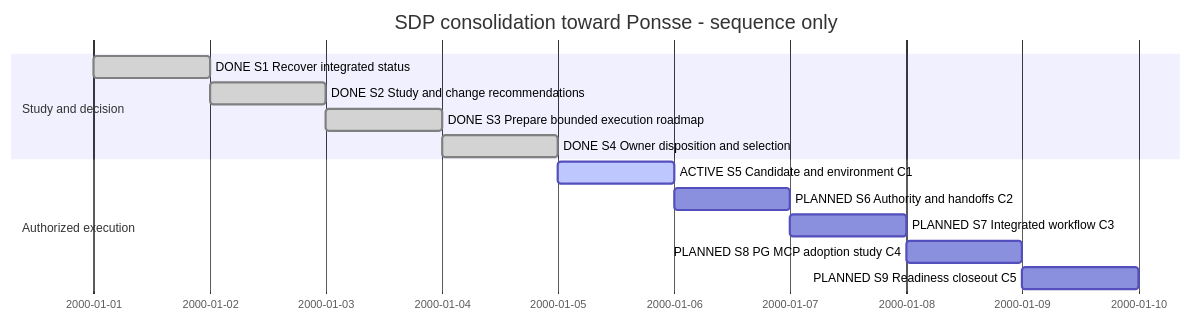
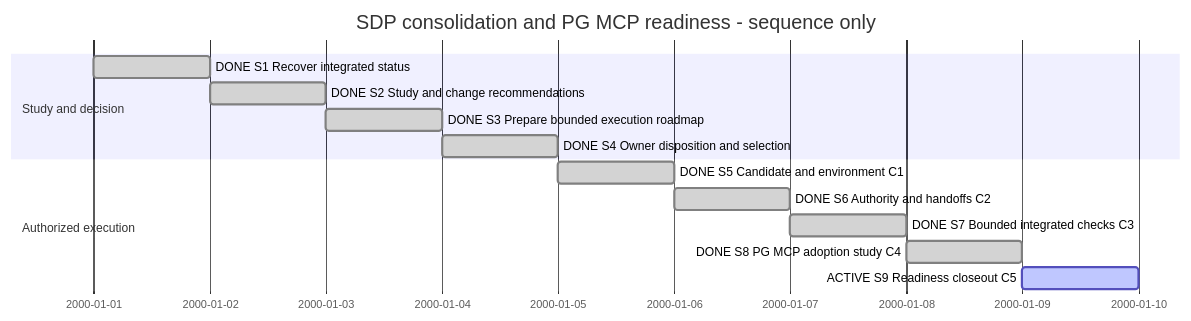
One commit to Hans-Einar/SDP changed the diagram in SDP/Sessions/session-#0013--SDP_consolidation_and_Ponsse_readiness.md. Above: the diagram before and after it, drawn with Mermaid. The commit also changed other lines of this file and 41 other files, not shown here.

Commit message:
WR2-M1-M4: verify consolidated candidate and establish PG MCP adoption limits

````diff
--- a/SDP/Sessions/session-#0013--SDP_consolidation_and_Ponsse_readiness.md
+++ b/SDP/Sessions/session-#0013--SDP_consolidation_and_Ponsse_readiness.md
@@ -9,16 +9,16 @@
 ```mermaid
 gantt
-    title SDP consolidation toward Ponsse - sequence only
+    title SDP consolidation and PG MCP readiness - sequence only
     dateFormat YYYY-MM-DD
     section Study and decision
     DONE S1 Recover integrated status :done,s1,2000-01-01,1d
     DONE S2 Study and change recommendations :done,s2,after s1,1d
     DONE S3 Prepare bounded execution roadmap :done,s3,after s2,1d
     DONE S4 Owner disposition and selection :done,s4,after s3,1d
     section Authorized execution
-    ACTIVE S5 Candidate and environment C1 :active,s5,after s4,1d
-    PLANNED S6 Authority and handoffs C2 :s6,after s5,1d
-    PLANNED S7 Integrated workflow C3 :s7,after s6,1d
-    PLANNED S8 PG MCP adoption study C4 :s8,after s7,1d
-    PLANNED S9 Readiness closeout C5 :s9,after s8,1d
+    DONE S5 Candidate and environment C1 :done,s5,after s4,1d
+    DONE S6 Authority and handoffs C2 :done,s6,after s5,1d
+    DONE S7 Bounded integrated checks C3 :done,s7,after s6,1d
+    DONE S8 PG MCP adoption study C4 :done,s8,after s7,1d
+    ACTIVE S9 Readiness closeout C5 :active,s9,after s8,1d
 ```
````
